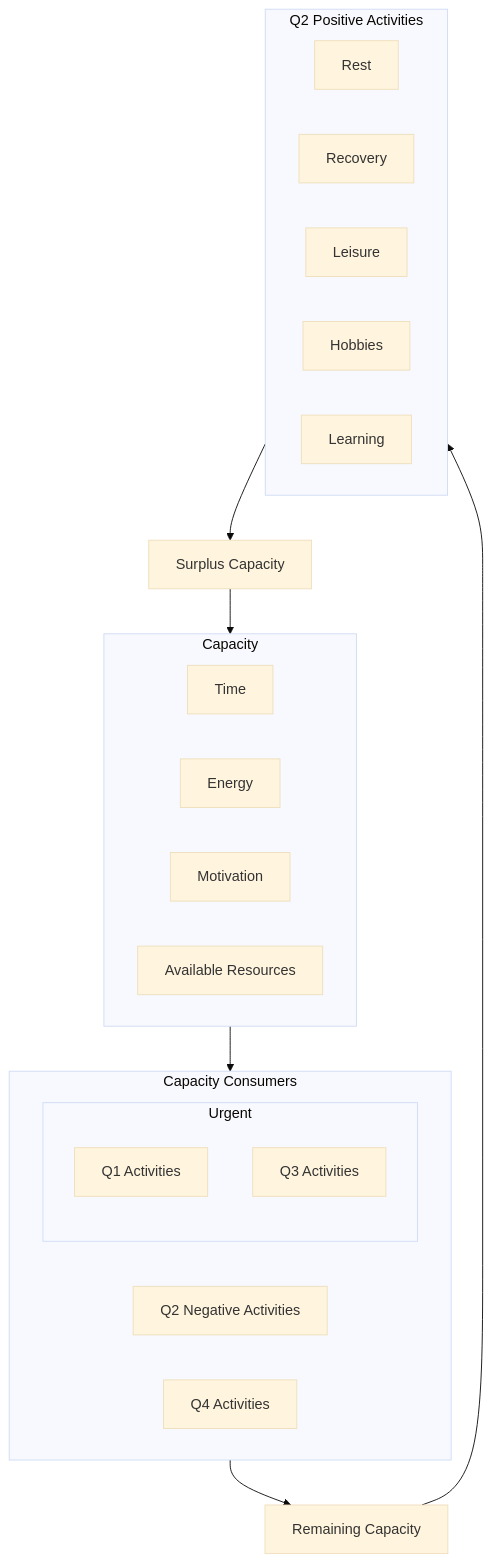
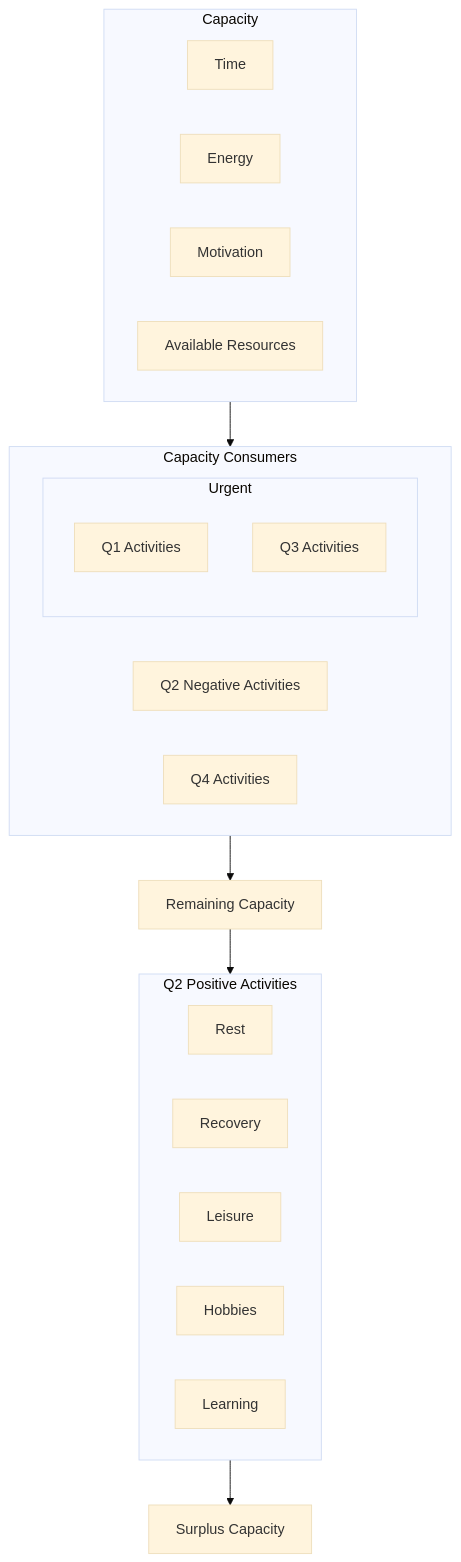
One commit to iamharryliu/vigilant-broccoli changed the second of 3 diagrams in notes/life-skills/productivity.md. Above: the diagram before and after it, drawn with Mermaid (base theme). The commit also changed 3 other files, not shown here.

````diff
--- a/notes/life-skills/productivity.md
+++ b/notes/life-skills/productivity.md
@@ -33,39 +33,39 @@
 ```mermaid
 flowchart TD
 
 Q1[Q1 Activities]
 Q3[Q3 Activities]
 
 subgraph C[Capacity]
   Time[Time]
   Energy[Energy]
   Motivation[Motivation]
   Resources[Available Resources]
 end
 
 subgraph E[Capacity Consumers]
   subgraph U[Urgent]
     Q1[Q1 Activities]
     Q3[Q3 Activities]
   end
   Q2N[Q2 Negative Activities]
   Q4[Q4 Activities]
 end
 
 subgraph Q2P[Q2 Positive Activities ]
   Q21[Rest]
   Q22[Recovery]
   Q23[Leisure]
   Q24[Hobbies]
   Q25[Learning]
 end
 
-SC[Surplus Capacity]-->C
+SC[Surplus Capacity]
 
 
 C --> E
 E --> RC
 RC[Remaining Capacity]
 RC --> Q2P
 Q2P --> SC
 ```
````
